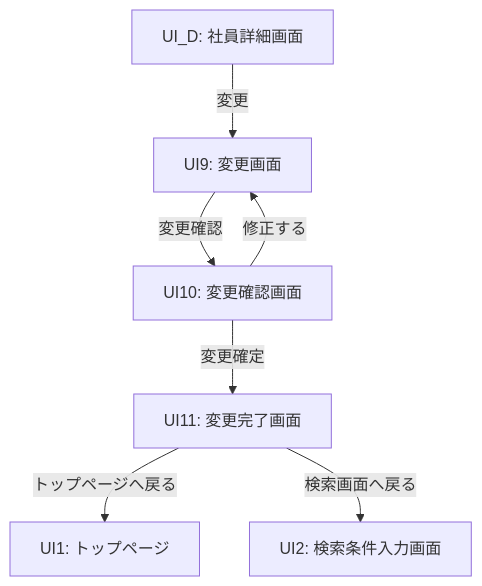
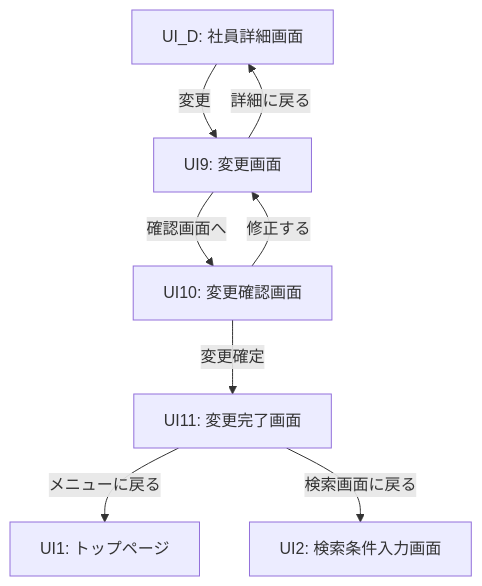
The sixth of 25 diagrams in EIMS_Comprehensive_Exercise_Guide.md (juyeongjung1/NewEIMS), drawn with Mermaid before and after one commit. The commit also changed other lines of this file and 1 other file, not shown here.

````diff
--- a/EIMS_Comprehensive_Exercise_Guide.md
+++ b/EIMS_Comprehensive_Exercise_Guide.md
@@ -716,11 +780,12 @@
 ```mermaid
 flowchart TD
     UI_D[UI_D: 社員詳細画面] -- "変更" --> UI9[UI9: 変更画面]
-    
-    UI9 -- "変更確認" --> UI10[UI10: 変更確認画面]
+  
+    UI9 -- "確認画面へ" --> UI10[UI10: 変更確認画面]
     UI10 -- "変更確定" --> UI11[UI11: 変更完了画面]
-    
+  
     UI10 -- "修正する" --> UI9
-    UI11 -->|"トップページへ戻る"| UI1[UI1: トップページ]
-    UI11 -->|"検索画面へ戻る"| UI2[UI2: 検索条件入力画面]
+    UI9 -->|"詳細に戻る"| UI_D
+    UI11 -->|"メニューに戻る"| UI1[UI1: トップページ]
+    UI11 -->|"検索画面に戻る"| UI2[UI2: 検索条件入力画面]
 ```
````
